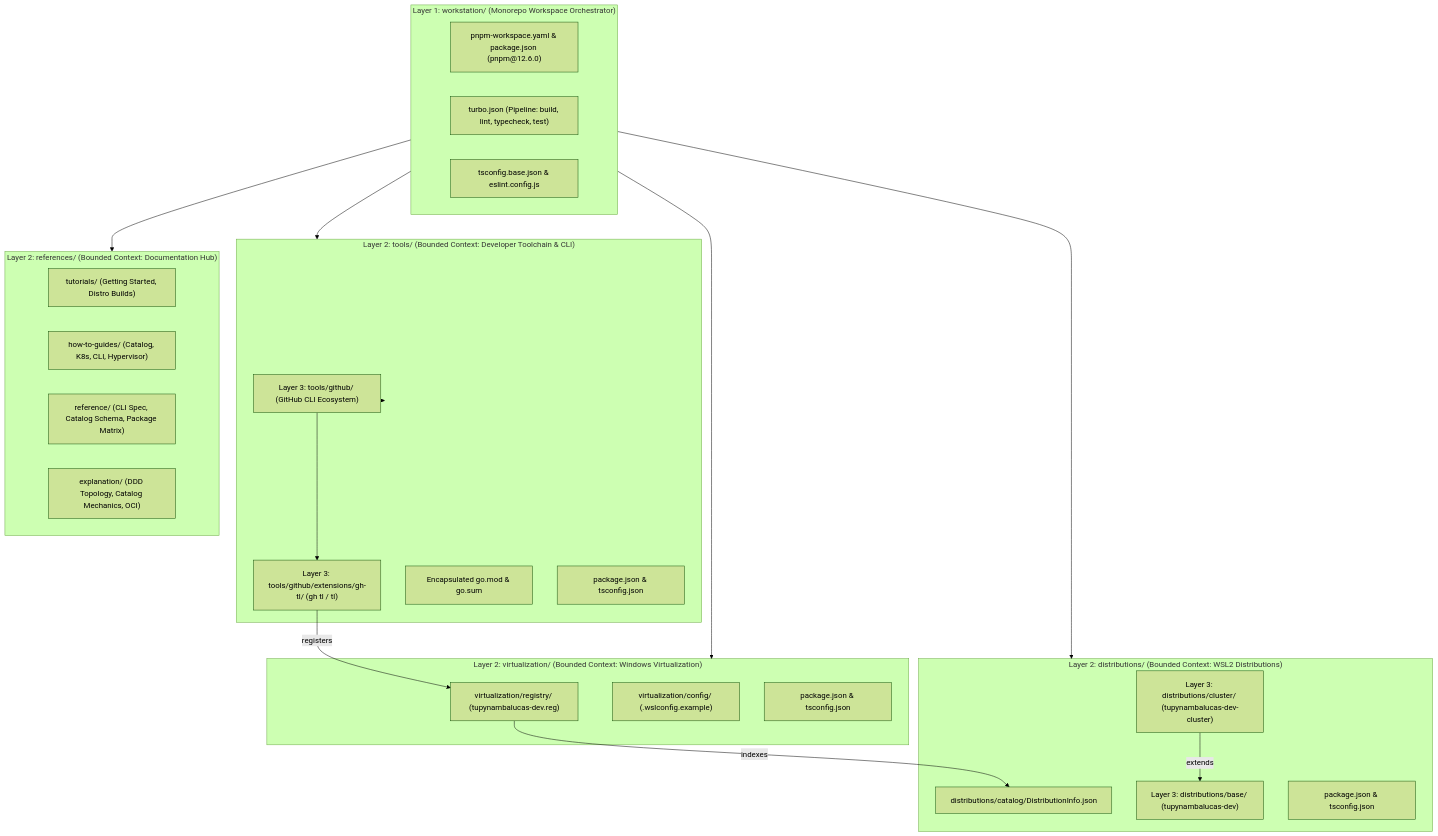
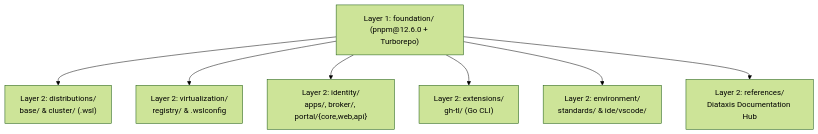
Before and after one commit to tupynambalucas-dev/foundation: the diagram in README.md, drawn with Mermaid (forest theme). The commit also changed other lines of this file and 21 other files, not shown here.

Commit message:
docs(foundation): align 3-layer bounded context AGENTS.md routers and README.md (#33)

````diff
--- a/README.md
+++ b/README.md
@@ -11,45 +11,18 @@
 ```mermaid
 flowchart TD
-    subgraph Root["Layer 1: workstation/ (Monorepo Workspace Orchestrator)"]
-        PNPM["pnpm-workspace.yaml & package.json (pnpm@12.6.0)"]
-        Turbo["turbo.json (Pipeline: build, lint, typecheck, test)"]
-        TSConfig["tsconfig.base.json & eslint.config.js"]
-    end
+    Root["Layer 1: foundation/ (pnpm@12.6.0 + Turborepo)"]
 
-    subgraph Distros["Layer 2: distributions/ (Bounded Context: WSL2 Distributions)"]
-        Catalog["distributions/catalog/DistributionInfo.json"]
-        BaseDistro["Layer 3: distributions/base/ (tupynambalucas-dev)"]
-        ClusterDistro["Layer 3: distributions/cluster/ (tupynambalucas-dev-cluster)"]
-        DistroPkg["package.json & tsconfig.json"]
-    end
-
-    subgraph Tools["Layer 2: tools/ (Bounded Context: Developer Toolchain & CLI)"]
-        GHWorkspace["Layer 3: tools/github/ (GitHub CLI Ecosystem)"]
-        CLIExt["Layer 3: tools/github/extensions/gh-tl/ (gh tl / tl)"]
-        GoToolchain["Encapsulated go.mod & go.sum"]
-        ToolsPkg["package.json & tsconfig.json"]
-    end
-
-    subgraph Virt["Layer 2: virtualization/ (Bounded Context: Windows Virtualization)"]
-        Reg["virtualization/registry/ (tupynambalucas-dev.reg)"]
-        WslCfg["virtualization/config/ (.wslconfig.example)"]
-        VirtPkg["package.json & tsconfig.json"]
-    end
-
-    subgraph Refs["Layer 2: references/ (Bounded Context: Documentation Hub)"]
-        Tutorials["tutorials/ (Getting Started, Distro Builds)"]
-        HowTos["how-to-guides/ (Catalog, K8s, CLI, Hypervisor)"]
-        Reference["reference/ (CLI Spec, Catalog Schema, Package Matrix)"]
-        Explanation["explanation/ (DDD Topology, Catalog Mechanics, OCI)"]
-    end
+    Distros["Layer 2: distributions/<br/>base/ & cluster/ (.wsl)"]
+    Virt["Layer 2: virtualization/<br/>registry/ & .wslconfig"]
+    Identity["Layer 2: identity/<br/>apps/, broker/, portal/{core,web,api}"]
+    Ext["Layer 2: extensions/<br/>gh-tl/ (Go CLI)"]
+    Env["Layer 2: environment/<br/>standards/ & ide/vscode/"]
+    Refs["Layer 2: references/<br/>Diataxis Documentation Hub"]
 
     Root --> Distros
-    Root --> Tools
     Root --> Virt
+    Root --> Identity
+    Root --> Ext
+    Root --> Env
     Root --> Refs
-    Tools --> GHWorkspace
-    GHWorkspace --> CLIExt
-    ClusterDistro -->|extends| BaseDistro
-    CLIExt -->|registers| Reg
-    Reg -->|indexes| Catalog
 ```
````
